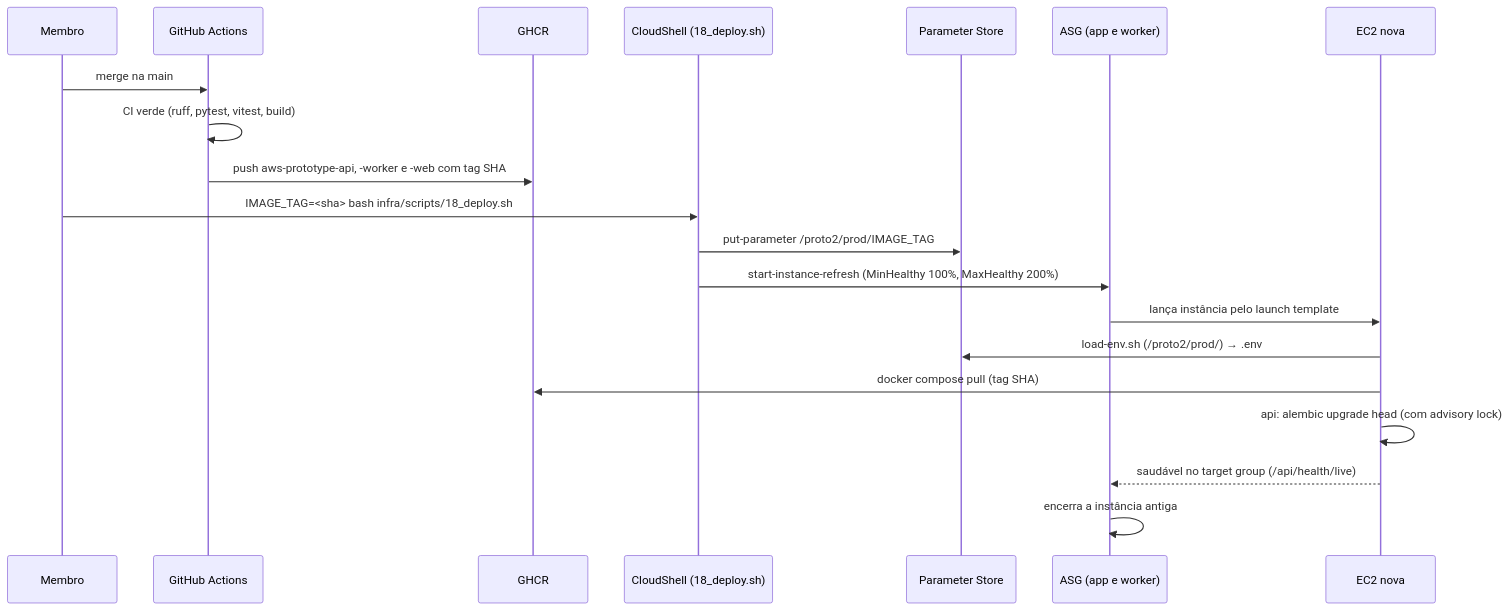
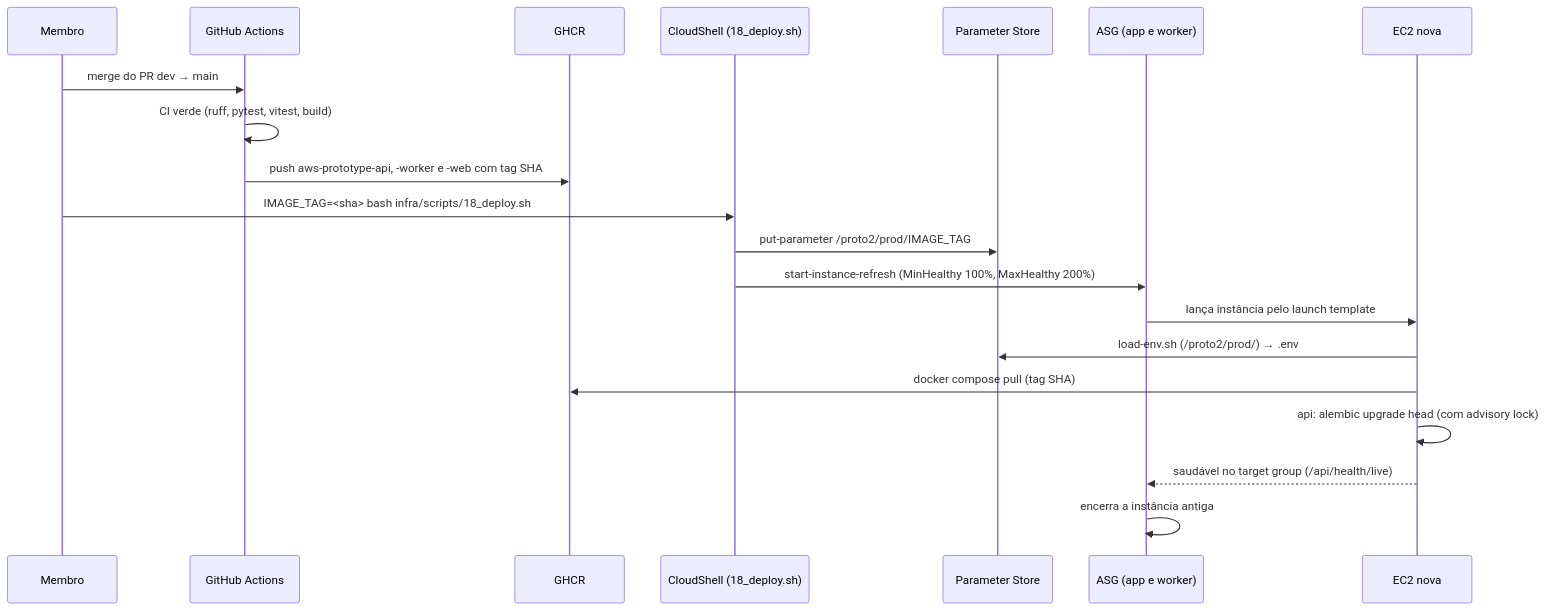
The sixth of 7 diagrams in docs/ARQUITETURA.md (vickminari/aws-prototype), drawn with Mermaid before and after one commit. The commit also changed other lines of this file, not shown here.

First line of the commit message:
docs(arq): registra a branch dev para integração e a main para produção (#62)

````diff
--- a/docs/ARQUITETURA.md
+++ b/docs/ARQUITETURA.md
@@ -364,23 +364,23 @@
 ```mermaid
 sequenceDiagram
     participant D as Membro
     participant G as GitHub Actions
     participant R as GHCR
     participant C as CloudShell (18_deploy.sh)
     participant P as Parameter Store
     participant A as ASG (app e worker)
     participant E as EC2 nova
 
-    D->>G: merge na main
+    D->>G: merge do PR dev → main
     G->>G: CI verde (ruff, pytest, vitest, build)
     G->>R: push aws-prototype-api, -worker e -web com tag SHA
     D->>C: IMAGE_TAG=<sha> bash infra/scripts/18_deploy.sh
     C->>P: put-parameter /proto2/prod/IMAGE_TAG
     C->>A: start-instance-refresh (MinHealthy 100%, MaxHealthy 200%)
     A->>E: lança instância pelo launch template
     E->>P: load-env.sh (/proto2/prod/) → .env
     E->>R: docker compose pull (tag SHA)
     E->>E: api: alembic upgrade head (com advisory lock)
     E-->>A: saudável no target group (/api/health/live)
     A->>A: encerra a instância antiga
 ```
````
